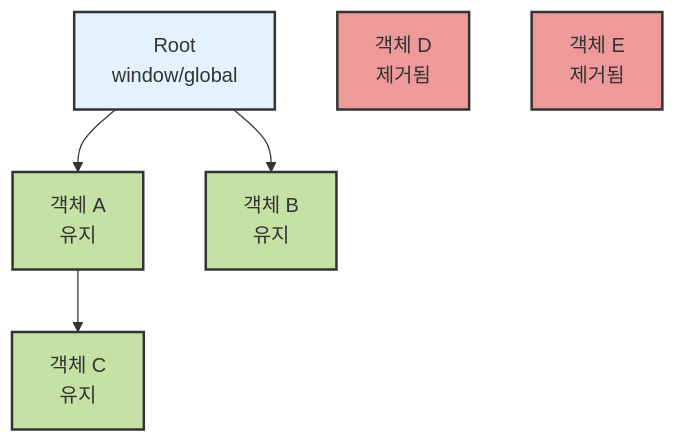
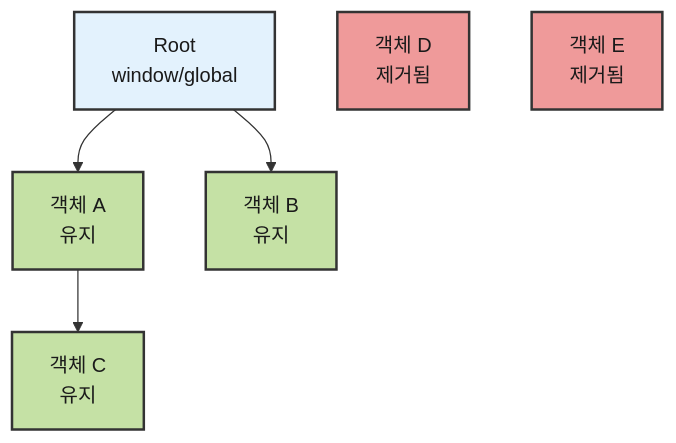
One commit to Cllaude99/cllaude99_labs changed the sixth of 7 diagrams in apps/devblog/content/posts/garbage-collection.mdx. Above: the diagram before and after it, drawn with Mermaid. The commit also changed other lines of this file, not shown here.

````diff
--- a/apps/devblog/content/posts/garbage-collection.mdx
+++ b/apps/devblog/content/posts/garbage-collection.mdx
@@ -306,15 +306,15 @@
 ```mermaid
 graph TB
     Root2["Root<br/>window/global"] --> A2["객체 A<br/>유지"]
     Root2 --> B2["객체 B<br/>유지"]
     A2 --> C2["객체 C<br/>유지"]
     D2["객체 D<br/>제거됨"]
     E2["객체 E<br/>제거됨"]
 
-    style A2 fill:#c5e1a5,stroke:#333,stroke-width:2px
-    style B2 fill:#c5e1a5,stroke:#333,stroke-width:2px
-    style C2 fill:#c5e1a5,stroke:#333,stroke-width:2px
-    style D2 fill:#ef9a9a,stroke:#333,stroke-width:2px
-    style E2 fill:#ef9a9a,stroke:#333,stroke-width:2px
-    style Root2 fill:#e3f2fd,stroke:#333,stroke-width:2px
+    style A2 fill:#c5e1a5,color:#1a1a1a,stroke:#333,stroke-width:2px
+    style B2 fill:#c5e1a5,color:#1a1a1a,stroke:#333,stroke-width:2px
+    style C2 fill:#c5e1a5,color:#1a1a1a,stroke:#333,stroke-width:2px
+    style D2 fill:#ef9a9a,color:#1a1a1a,stroke:#333,stroke-width:2px
+    style E2 fill:#ef9a9a,color:#1a1a1a,stroke:#333,stroke-width:2px
+    style Root2 fill:#e3f2fd,color:#1a1a1a,stroke:#333,stroke-width:2px
 ```
````
